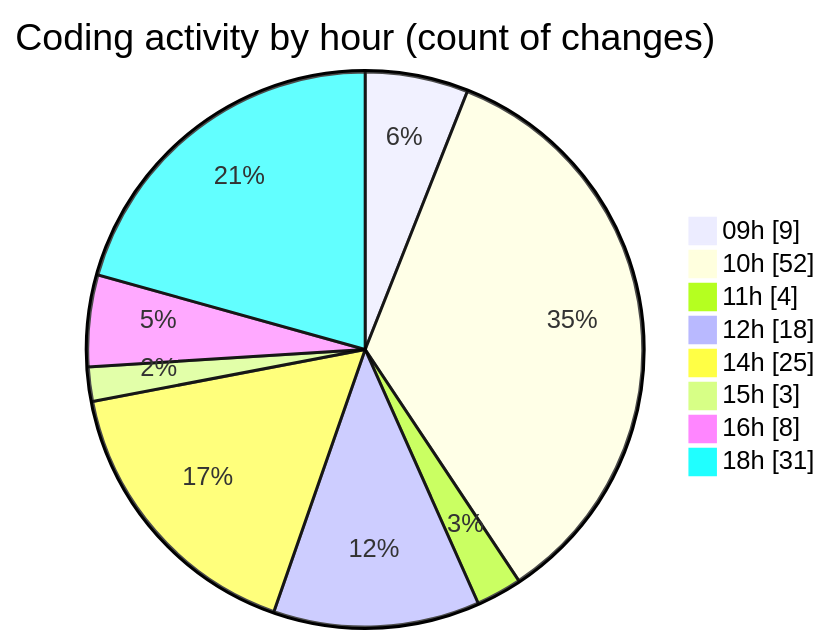
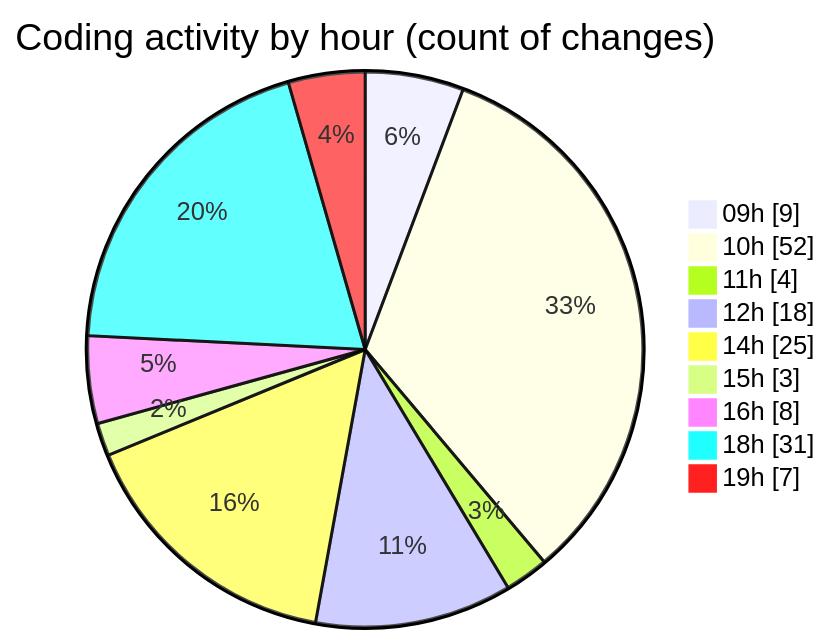
One commit to momahboobian/code-tracking changed the second of 2 diagrams in 2026-09-01/cda/README.md. Above: the diagram before and after it, drawn with Mermaid. The commit also changed other lines of this file and 1 other file, not shown here.

````diff
--- a/2026-09-01/cda/README.md
+++ b/2026-09-01/cda/README.md
@@ -92,12 +92,13 @@
 ```mermaid
 pie showData
 title Coding activity by hour (count of changes)
 "09h" : 9
 "10h" : 52
 "11h" : 4
 "12h" : 18
 "14h" : 25
 "15h" : 3
 "16h" : 8
 "18h" : 31
+"19h" : 7
 ```
````
